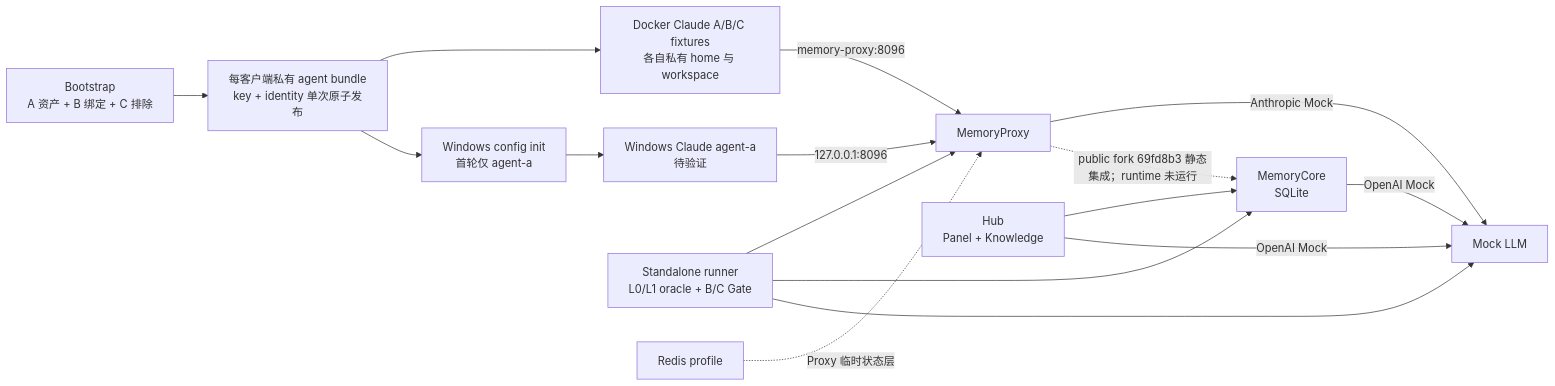
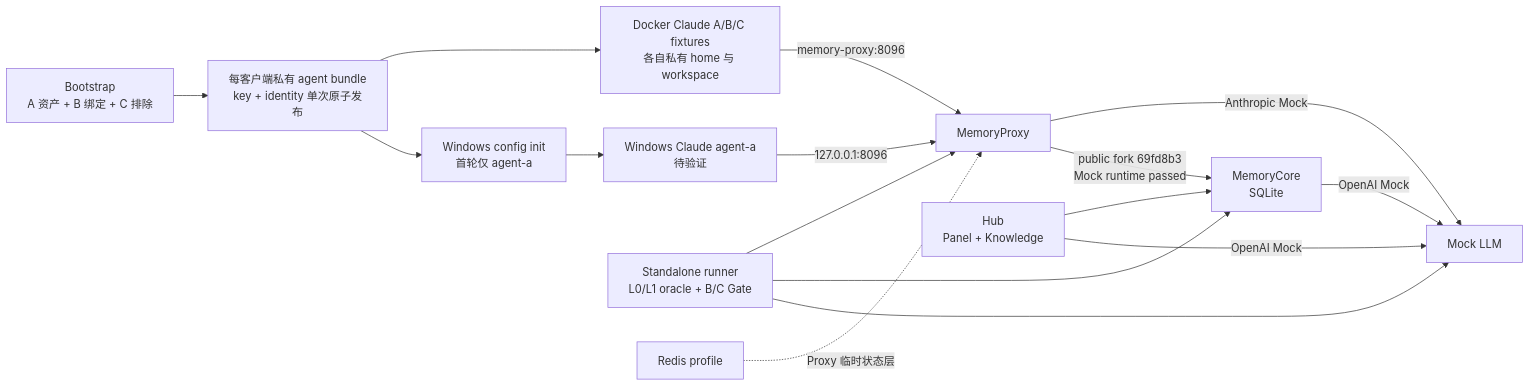
Before and after one commit to psiQAQ/agents-memory: the second of 3 diagrams in docs/enterprise-memory-system-evaluation.md, drawn with Mermaid. The commit also changed other lines of this file and 12 other files, not shown here.

````diff
--- a/docs/enterprise-memory-system-evaluation.md
+++ b/docs/enterprise-memory-system-evaluation.md
@@ -89,18 +109,18 @@
 ```mermaid
 flowchart LR
   B["Bootstrap<br/>A 资产 + B 绑定 + C 排除"] --> F["每客户端私有 agent bundle<br/>key + identity 单次原子发布"]
   F --> DA["Docker Claude A/B/C fixtures<br/>各自私有 home 与 workspace"]
   F --> WI["Windows config init<br/>首轮仅 agent-a"]
   WI --> WA["Windows Claude agent-a<br/>待验证"]
   WA -->|"127.0.0.1:8096"| P["MemoryProxy"]
   DA -->|"memory-proxy:8096"| P
   P -->|"Anthropic Mock"| M["Mock LLM"]
   C["MemoryCore<br/>SQLite"] -->|"OpenAI Mock"| M
   T["Standalone runner<br/>L0/L1 oracle + B/C Gate"] --> P
   T --> C
   T --> M
   H["Hub<br/>Panel + Knowledge"] --> C
   H -->|"OpenAI Mock"| M
-  P -. "public fork 69fd8b3 静态集成；runtime 未运行" .-> C
+  P -->|"public fork 69fd8b3<br/>Mock runtime passed"| C
   R["Redis profile"] -. "Proxy 临时状态层" .-> P
 ```
````
